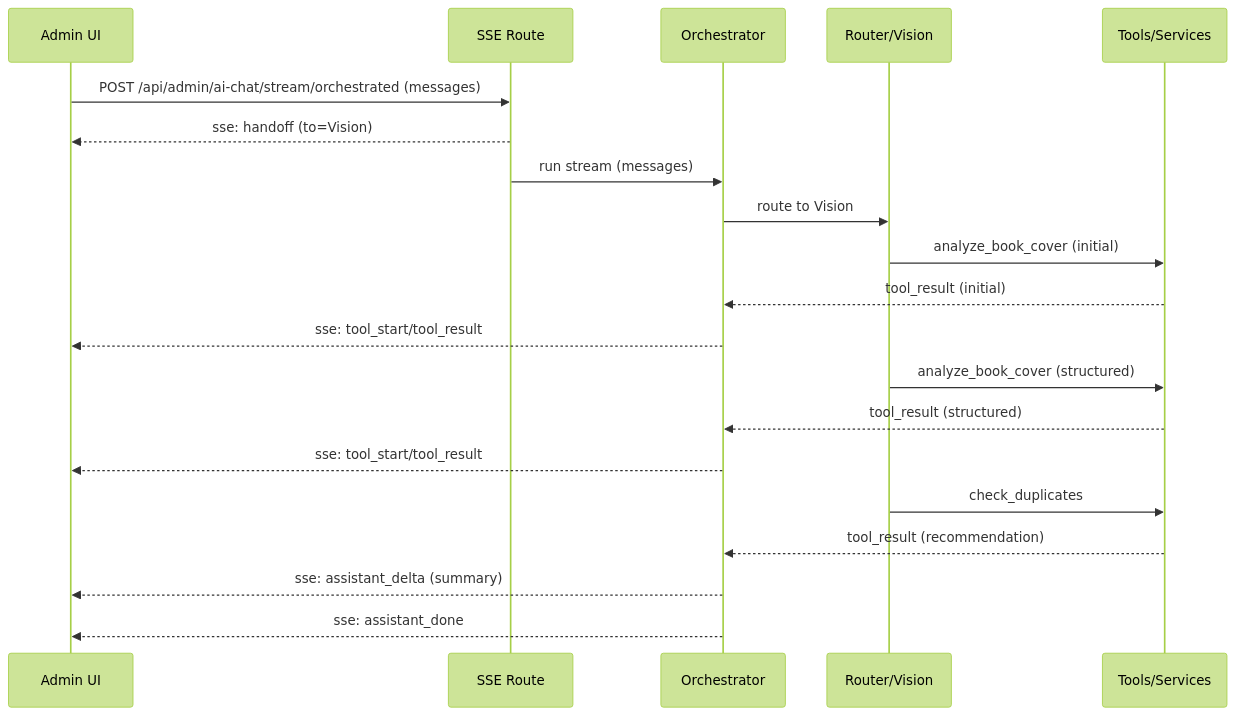
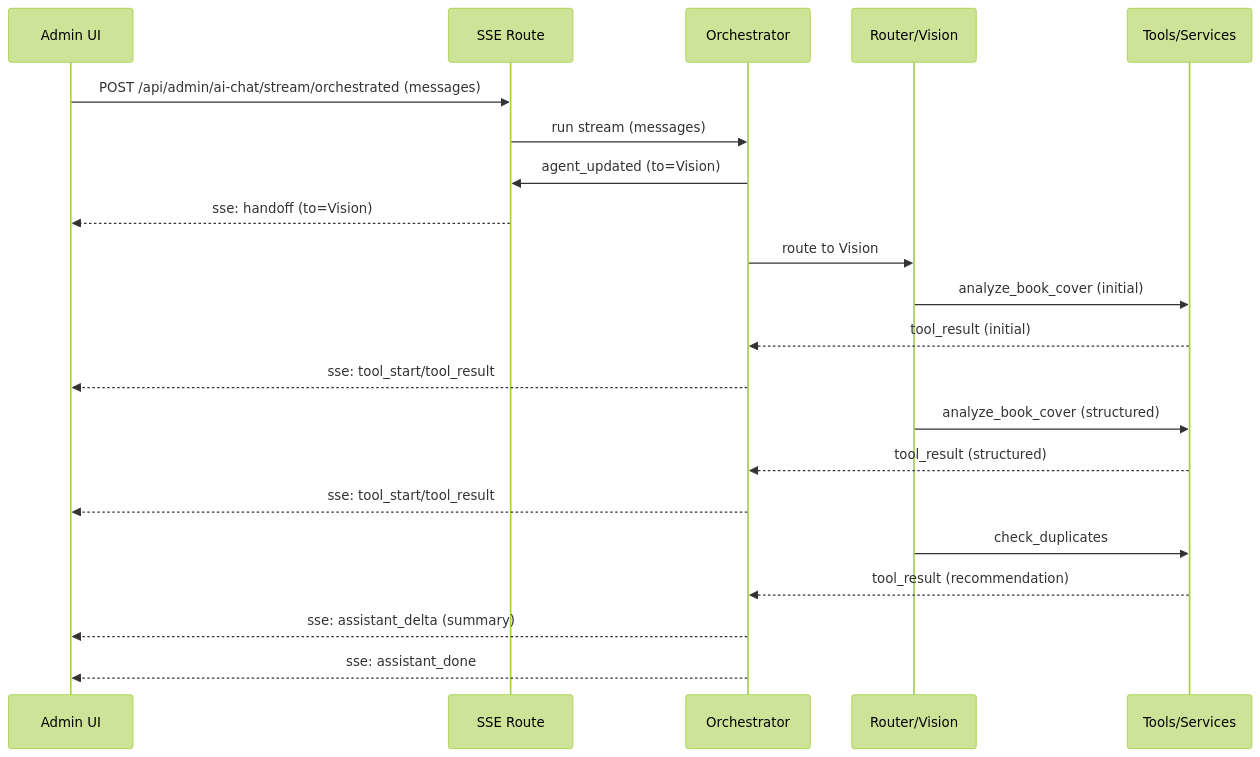
One commit to minorole/booksite changed the second of 2 diagrams in src/lib/admin/README.md. Above: the diagram before and after it, drawn with Mermaid (forest theme). The commit also changed other lines of this file, not shown here.

Commit message:
docs(admin-ai): correct README toggles and sequence order (run → handoff); default logs are ON

````diff
--- a/src/lib/admin/README.md
+++ b/src/lib/admin/README.md
@@ -81,23 +81,24 @@
 ```mermaid
 sequenceDiagram
   participant UI as Admin UI
   participant API as SSE Route
   participant ORC as Orchestrator
   participant AG as Router/Vision
   participant TO as Tools/Services
 
   UI->>API: POST /api/admin/ai-chat/stream/orchestrated (messages)
+  API->>ORC: run stream (messages)
+  ORC->>API: agent_updated (to=Vision)
   API-->>UI: sse: handoff (to=Vision)
-  API->>ORC: run stream (messages)
   ORC->>AG: route to Vision
   AG->>TO: analyze_book_cover (initial)
   TO-->>ORC: tool_result (initial)
   ORC-->>UI: sse: tool_start/tool_result
   AG->>TO: analyze_book_cover (structured)
   TO-->>ORC: tool_result (structured)
   ORC-->>UI: sse: tool_start/tool_result
   AG->>TO: check_duplicates
   TO-->>ORC: tool_result (recommendation)
   ORC-->>UI: sse: assistant_delta (summary)
   ORC-->>UI: sse: assistant_done
 ```
````
